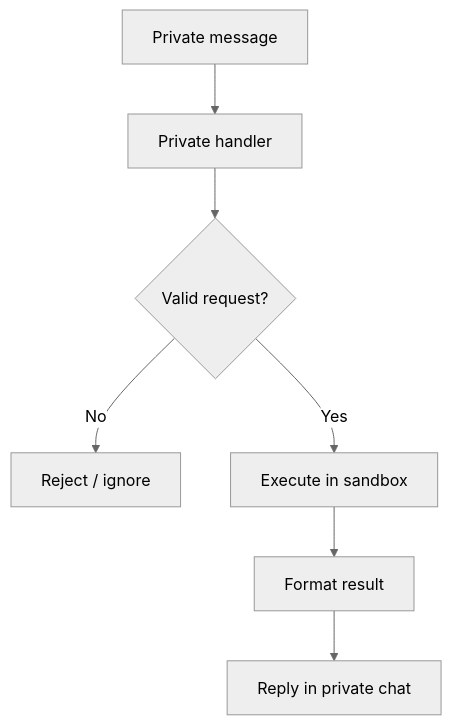
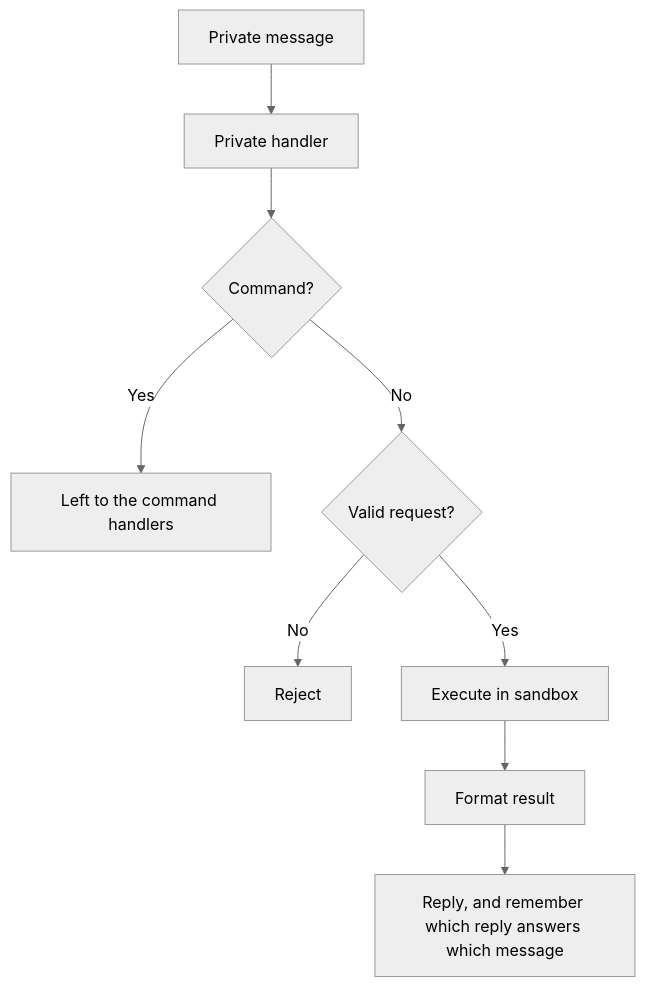
The second of 4 diagrams in ARCHITECTURE.md (Sadykhzadeh/jsitbot), drawn with Mermaid (neutral theme) before and after one commit. The commit also changed other lines of this file and 1 other file, not shown here.

First line of the commit message:
Document the sandbox, the new behaviour and the limits

````diff
--- a/ARCHITECTURE.md
+++ b/ARCHITECTURE.md
@@ -25,9 +25,11 @@
 ```mermaid
 flowchart TD
     A["Private message"] --> B["Private handler"]
-    B --> C{"Valid request?"}
-    C -- "No" --> D["Reject / ignore"]
-    C -- "Yes" --> E["Execute in sandbox"]
+    B --> C{"Command?"}
+    C -- "Yes" --> D["Left to the command handlers"]
+    C -- "No" --> G{"Valid request?"}
+    G -- "No" --> H["Reject"]
+    G -- "Yes" --> E["Execute in sandbox"]
     E --> F["Format result"]
-    F --> G["Reply in private chat"]
+    F --> I["Reply, and remember which reply answers which message"]
 ```
````
